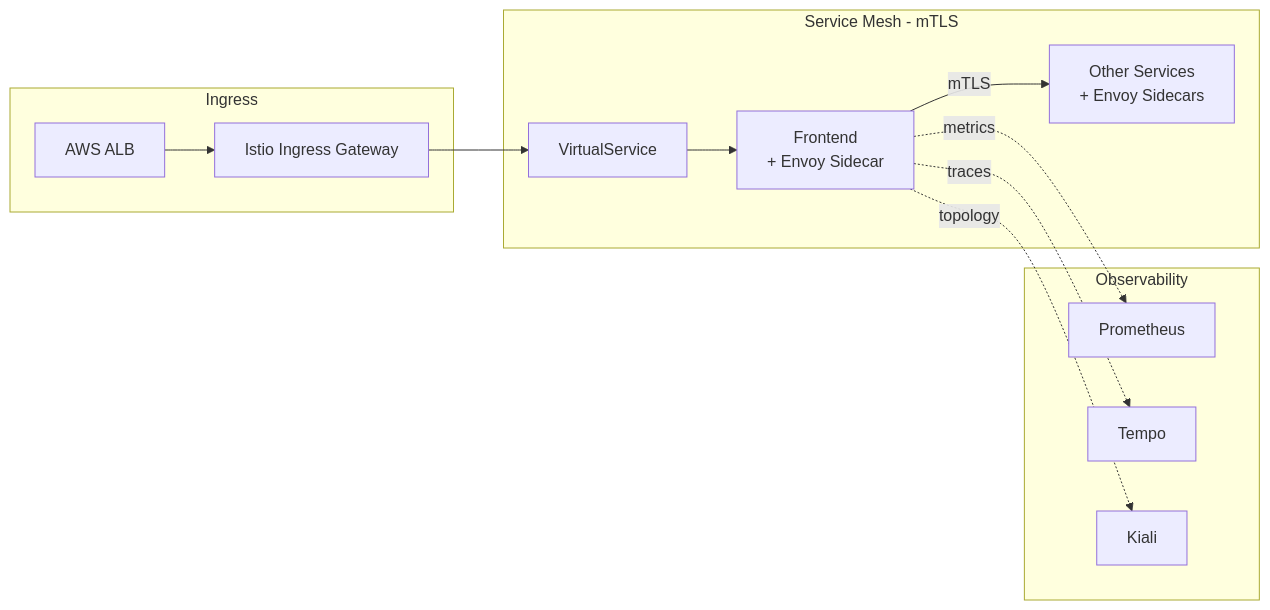
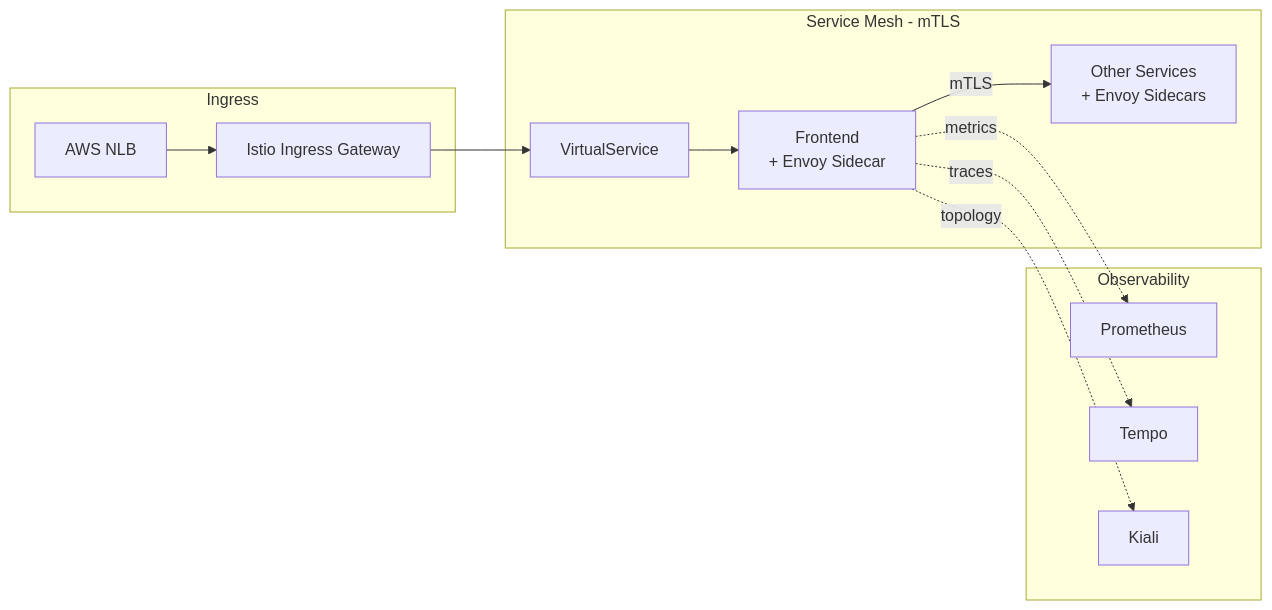
Before and after one commit to online-boutique-application-demo/online-boutique-app: the seventh of 10 diagrams in devops/architecture.md, drawn with Mermaid. The commit also changed other lines of this file and 35 other files, not shown here.

````diff
--- a/devops/architecture.md
+++ b/devops/architecture.md
@@ -299,18 +296,18 @@
 ```mermaid
 graph LR
     subgraph "Ingress"
-        ALB[AWS ALB] --> IGW[Istio Ingress Gateway]
+        NLB["AWS NLB"] --> IGW[Istio Ingress Gateway]
     end
 
     subgraph "Service Mesh - mTLS"
         IGW --> VS[VirtualService]
         VS --> FE["Frontend\n+ Envoy Sidecar"]
         FE --> |"mTLS"| SVC1["Other Services\n+ Envoy Sidecars"]
     end
 
     subgraph "Observability"
         FE -.->|metrics| PROM[Prometheus]
         FE -.->|traces| TEMPO[Tempo]
         FE -.->|topology| KIALI[Kiali]
     end
 ```
````
